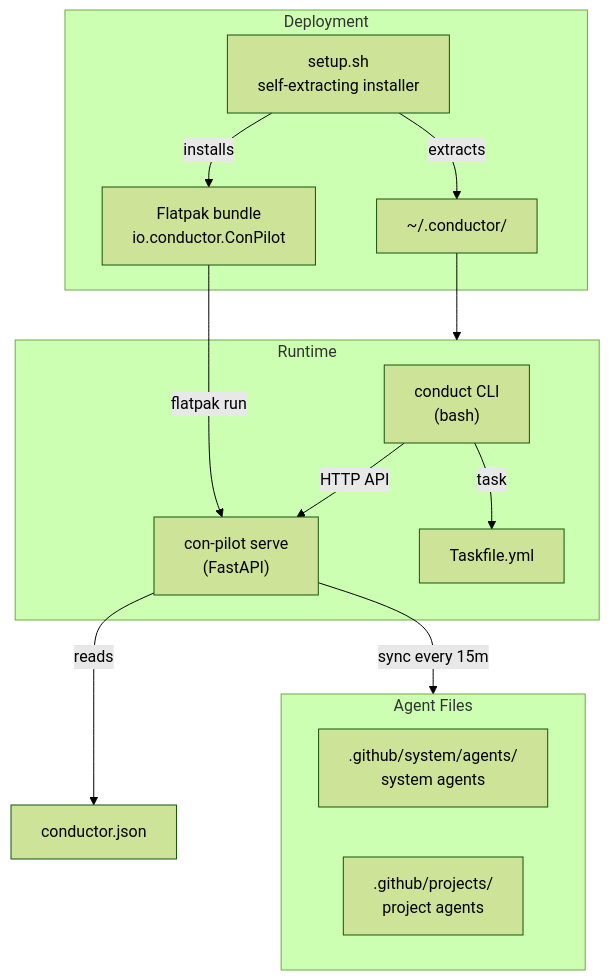
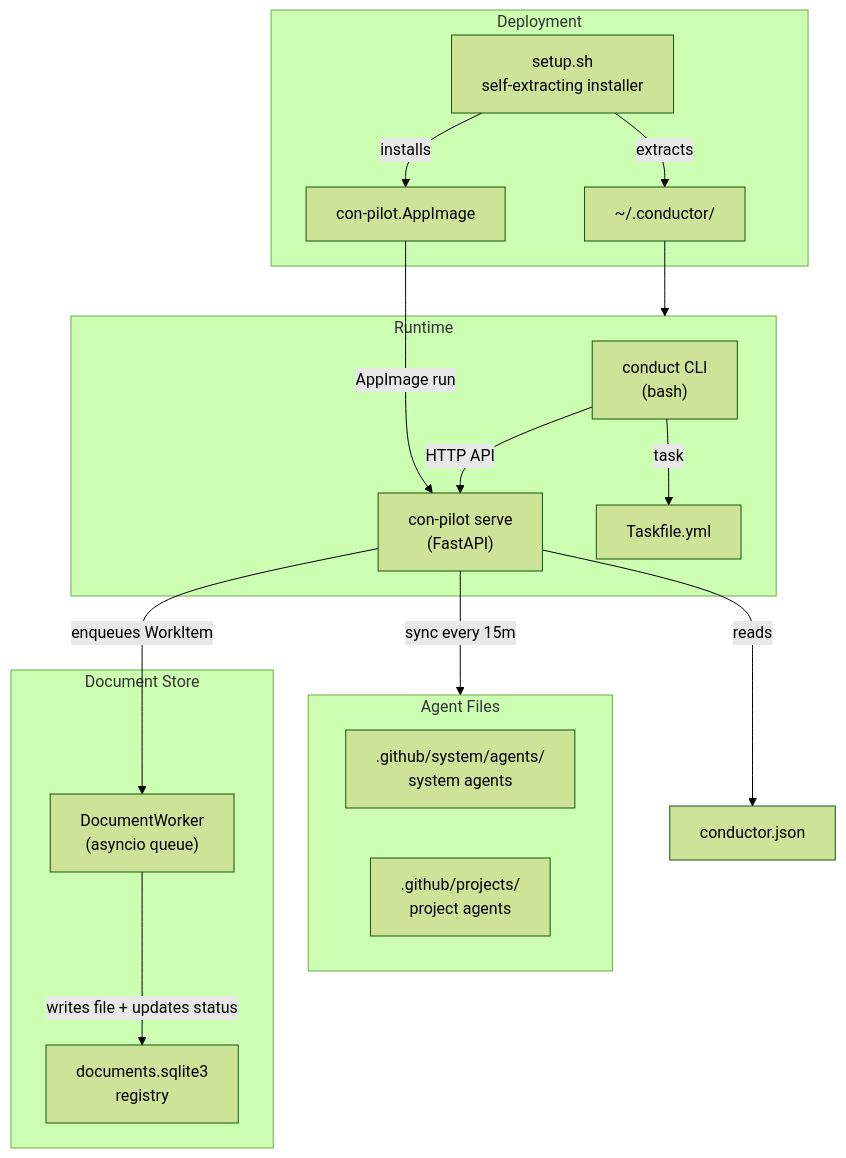
The first of 10 diagrams in README.md (oliben67/copilot-conductor), drawn with Mermaid (forest theme) before and after one commit. The commit also changed other lines of this file and 5 other files, not shown here.

````diff
--- a/README.md
+++ b/README.md
@@ -81,26 +84,33 @@
 ```mermaid
 flowchart TD
     subgraph INSTALL["Deployment"]
         SH["setup.sh\nself-extracting installer"]
-        FP["Flatpak bundle\nio.conductor.ConPilot"]
+        AI["con-pilot.AppImage"]
         SH -->|extracts| HOME["~/.conductor/"]
-        SH -->|installs| FP
+        SH -->|installs| AI
     end
 
     subgraph RUNTIME["Runtime"]
         CONDUCT["conduct CLI\n(bash)"]
         API["con-pilot serve\n(FastAPI)"]
         CONDUCT -->|"HTTP API"| API
         CONDUCT -->|"task"| TF["Taskfile.yml"]
     end
 
     subgraph AGENTS["Agent Files"]
         SYS[".github/system/agents/\nsystem agents"]
         PROJ[".github/projects/\nproject agents"]
     end
 
+    subgraph DOCSTORE["Document Store"]
+        DW["DocumentWorker\n(asyncio queue)"]
+        DB["documents.sqlite3\nregistry"]
+        DW -->|"writes file + updates status"| DB
+    end
+
     HOME --> RUNTIME
-    FP -->|"flatpak run"| API
+    AI -->|"AppImage run"| API
     API -->|"sync every 15m"| AGENTS
     API -->|"reads"| CJ["conductor.json"]
+    API -->|"enqueues WorkItem"| DW
 ```
````
